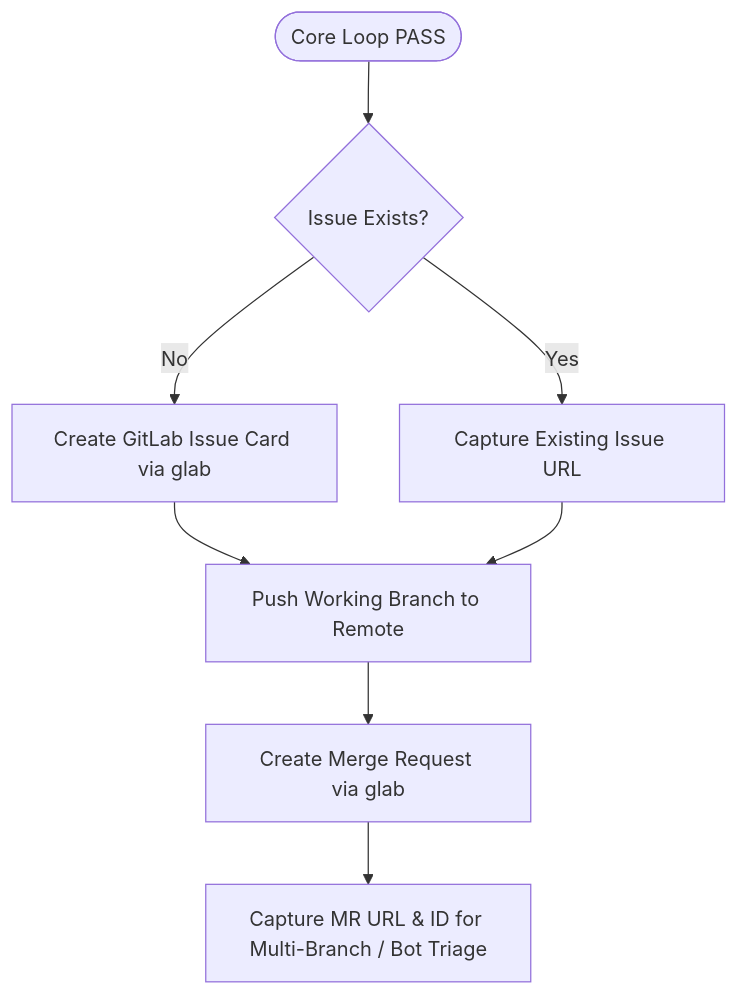
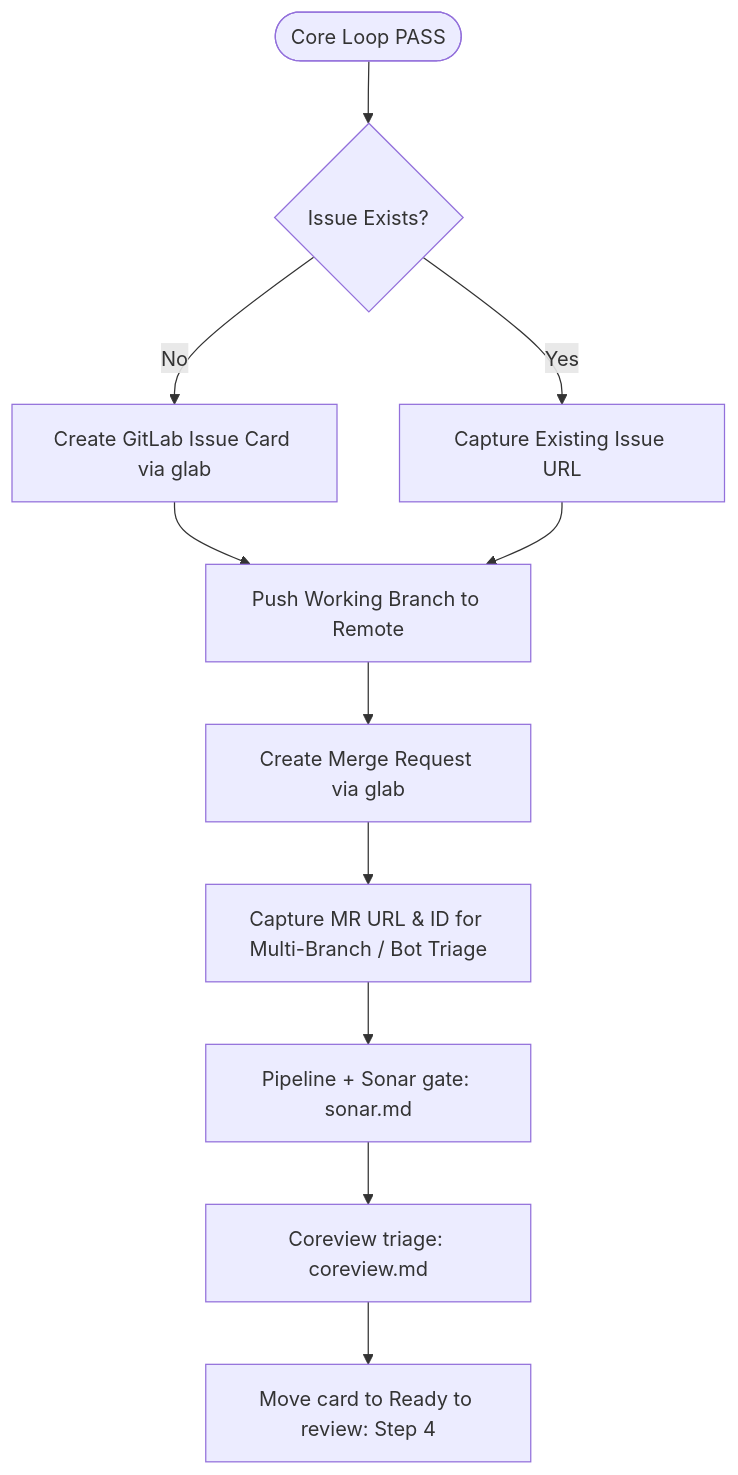
The diagram in adapters/dot/gitlab.md (egagofur/ai-engineering-loop), drawn with Mermaid before and after one commit. The commit also changed other lines of this file and 6 other files, not shown here.

Commit message:
feat(adapters/dot): Stage 8 Sonar quality gate and Ready to review card move (#65)

````diff
--- a/adapters/dot/gitlab.md
+++ b/adapters/dot/gitlab.md
@@ -11,13 +11,16 @@
 ```mermaid
 flowchart TD
     Pass([Core Loop PASS]) --> CheckIssue{Issue Exists?}
     
     CheckIssue -->|No| CreateIssue[Create GitLab Issue Card via glab]
     CheckIssue -->|Yes| UseIssue[Capture Existing Issue URL]
     
     CreateIssue --> PushBranch[Push Working Branch to Remote]
     UseIssue --> PushBranch
     
     PushBranch --> CreateMR[Create Merge Request via glab]
     CreateMR --> CaptureMR[Capture MR URL & ID for Multi-Branch / Bot Triage]
+    CaptureMR --> Gate[Pipeline + Sonar gate: sonar.md]
+    Gate --> Triage[Coreview triage: coreview.md]
+    Triage --> Ready[Move card to Ready to review: Step 4]
 ```
````
